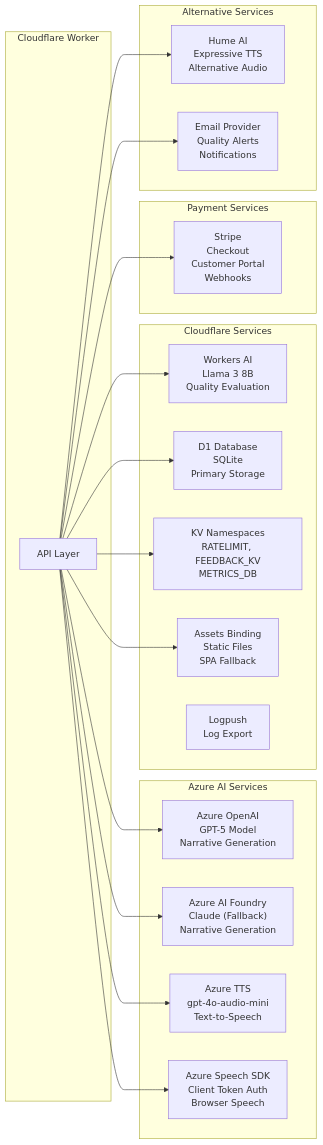
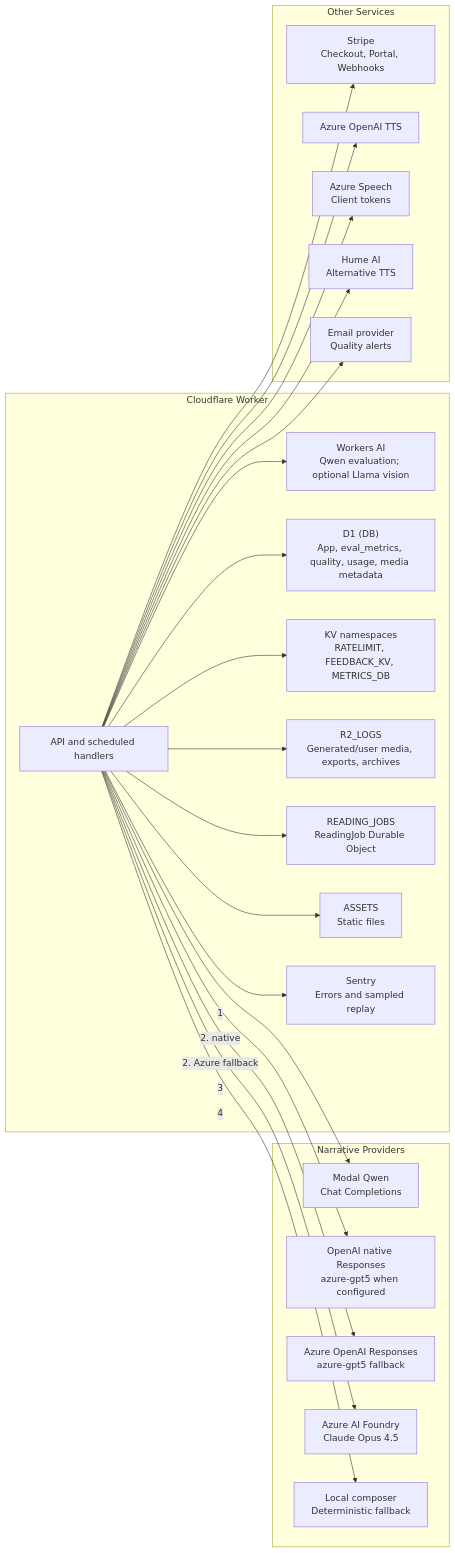
Before and after one commit to henryperkins/tarot: diagram 16 of 17 in docs/architecture/full-system-diagrams.md, drawn with Mermaid. The commit also changed other lines of this file and 54 other files, not shown here.

````diff
--- a/docs/architecture/full-system-diagrams.md
+++ b/docs/architecture/full-system-diagrams.md
@@ -811,42 +737,47 @@
 ```mermaid
 graph LR
-    subgraph AzureServices["Azure AI Services"]
-        AzureOpenAI["Azure OpenAI<br>GPT-5 Model<br>Narrative Generation"]
-        AzureAnthropic["Azure AI Foundry<br>Claude (Fallback)<br>Narrative Generation"]
-        AzureTTS["Azure TTS<br>gpt-4o-audio-mini<br>Text-to-Speech"]
-        AzureSpeech["Azure Speech SDK<br>Client Token Auth<br>Browser Speech"]
-    end
-
-    subgraph CloudflareServices["Cloudflare Services"]
-        WorkersAI["Workers AI<br>Llama 3 8B<br>Quality Evaluation"]
-        D1["D1 Database<br>SQLite<br>Primary Storage"]
-        KV["KV Namespaces<br>RATELIMIT, FEEDBACK_KV<br>METRICS_DB"]
-        Assets["Assets Binding<br>Static Files<br>SPA Fallback"]
-        Logpush["Logpush<br>Log Export"]
-    end
-
-    subgraph PaymentServices["Payment Services"]
-        Stripe["Stripe<br>Checkout<br>Customer Portal<br>Webhooks"]
-    end
-
-    subgraph AlternativeServices["Alternative Services"]
-        HumeAI["Hume AI<br>Expressive TTS<br>Alternative Audio"]
-        EmailProvider["Email Provider<br>Quality Alerts<br>Notifications"]
+    subgraph NarrativeProviders["Narrative Providers"]
+        Modal["Modal Qwen<br/>Chat Completions"]
+        OpenAI["OpenAI native Responses<br/>azure-gpt5 when configured"]
+        Azure["Azure OpenAI Responses<br/>azure-gpt5 fallback"]
+        Claude["Azure AI Foundry<br/>Claude Opus 4.5"]
+        Local["Local composer<br/>Deterministic fallback"]
     end
 
     subgraph Worker["Cloudflare Worker"]
-        API["API Layer"]
+        API["API and scheduled handlers"]
+        AI["Workers AI<br/>Qwen evaluation; optional Llama vision"]
+        D1["D1 (DB)<br/>App, eval_metrics, quality, usage, media metadata"]
+        KV["KV namespaces<br/>RATELIMIT, FEEDBACK_KV, METRICS_DB"]
+        R2["R2_LOGS<br/>Generated/user media, exports, archives"]
+        DO["READING_JOBS<br/>ReadingJob Durable Object"]
+        Assets["ASSETS<br/>Static files"]
+        Sentry["Sentry<br/>Errors and sampled replay"]
     end
 
-    API --> AzureOpenAI
-    API --> AzureAnthropic
+    subgraph OtherServices["Other Services"]
+        Stripe["Stripe<br/>Checkout, Portal, Webhooks"]
+        AzureTTS["Azure OpenAI TTS"]
+        AzureSpeech["Azure Speech<br/>Client tokens"]
+        Hume["Hume AI<br/>Alternative TTS"]
+        Email["Email provider<br/>Quality alerts"]
+    end
+
+    API -->|1| Modal
+    API -->|2. native| OpenAI
+    API -->|2. Azure fallback| Azure
+    API -->|3| Claude
+    API -->|4| Local
+    API --> AI
+    API --> D1
+    API --> KV
+    API --> R2
+    API --> DO
+    API --> Assets
+    API --> Sentry
+    API --> Stripe
     API --> AzureTTS
     API --> AzureSpeech
-    API --> WorkersAI
-    API --> D1
-    API --> KV
-    API --> Assets
-    API --> Stripe
-    API --> HumeAI
-    API --> EmailProvider
+    API --> Hume
+    API --> Email
 ```
````
